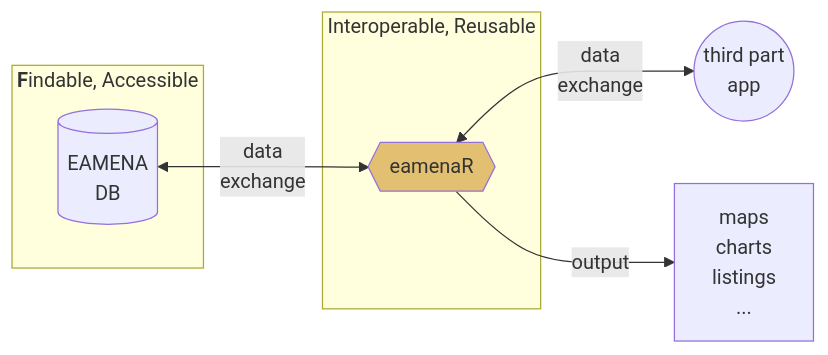
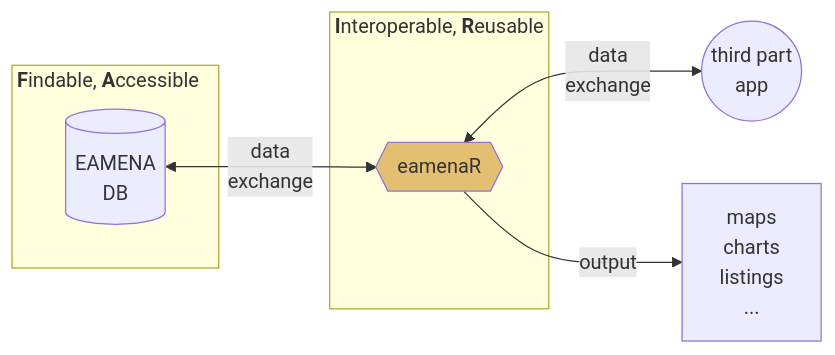
One commit to eamena-project/eamena-arches-dev changed the third of 3 diagrams in temp/test-quarto-mermaids.md. Above: the diagram before and after it, drawn with Mermaid.

````diff
--- a/temp/test-quarto-mermaids.md
+++ b/temp/test-quarto-mermaids.md
@@ -20,13 +20,13 @@
 ```mermaid
 flowchart LR
-    subgraph ide1 [ <b>F</b>indable, Accessible ]
+    subgraph ide1 [ <b>F</b>indable, <b>A</b>ccessible &nbsp;&nbsp; ]
     A[(EAMENA<br>DB)];
     end
     A[(EAMENA<br>DB)] <--data<br>exchange--> B{{"eamenaR"}}:::eamenaRpkg;
-    subgraph ide2 [ Interoperable, Reusable ]
+    subgraph ide2 [ <b>I</b>nteroperable, <b>R</b>eusable ]
     B;
     end
     B <--data<br>exchange--> C((third part<br>app));
     B --"output"--> D[maps<br>charts<br>listings<br>...];
     classDef eamenaRpkg fill:#e3c071;
 ```
````
